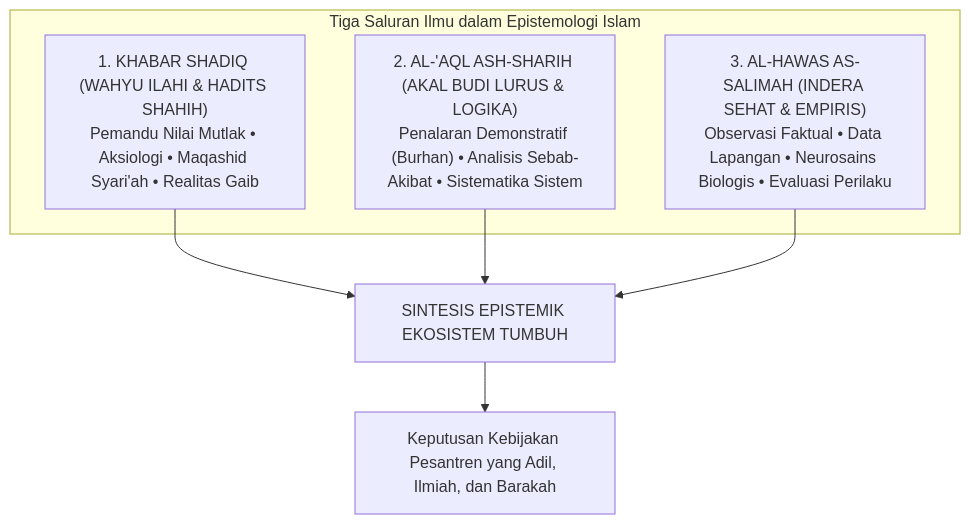
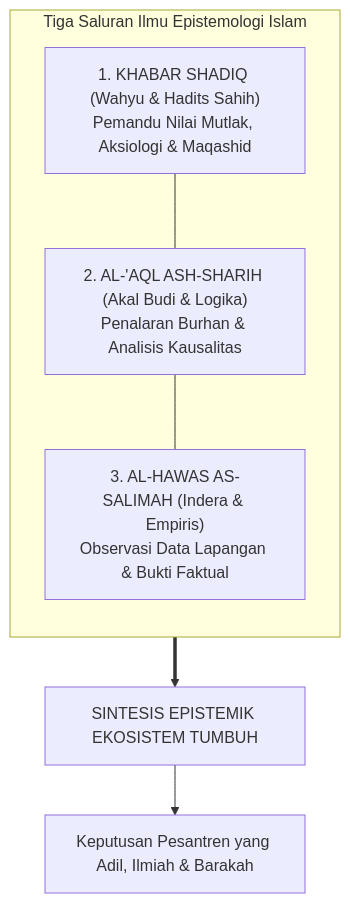
The first of 5 diagrams in BOOK Series 1/01-The-Fundamental-of-TUMBUH/Bab-03-Epistemologi-Terpadu-Wahyu-Nalar-dan-Fakta-Empiris.md (wandiapriliyandi/tumbuh), drawn with Mermaid before and after one commit. The commit also changed other lines of this file and 35 other files, not shown here.

Commit message:
fix(book-01): optimasi keterbacaan diagram mermaid pada seluruh bab dan perbarui 20 file PDF

````diff
--- a/BOOK Series 1/01-The-Fundamental-of-TUMBUH/Bab-03-Epistemologi-Terpadu-Wahyu-Nalar-dan-Fakta-Empiris.md
+++ b/BOOK Series 1/01-The-Fundamental-of-TUMBUH/Bab-03-Epistemologi-Terpadu-Wahyu-Nalar-dan-Fakta-Empiris.md
@@ -50,14 +50,14 @@
 ```mermaid
 graph TD
-    subgraph SALURAN_PENGETAHUAN["Tiga Saluran Ilmu dalam Epistemologi Islam"]
-        W["1. KHABAR SHADIQ (WAHYU ILAHI & HADITS SHAHIH)<br/>Pemandu Nilai Mutlak • Aksiologi • Maqashid Syari'ah • Realitas Gaib"]
-        A["2. AL-'AQL ASH-SHARIH (AKAL BUDI LURUS & LOGIKA)<br/>Penalaran Demonstratif (Burhan) • Analisis Sebab-Akibat • Sistematika Sistem"]
-        I["3. AL-HAWAS AS-SALIMAH (INDERA SEHAT & EMPIRIS)<br/>Observasi Faktual • Data Lapangan • Neurosains Biologis • Evaluasi Perilaku"]
+    subgraph SALURAN_PENGETAHUAN["Tiga Saluran Ilmu Epistemologi Islam"]
+        direction TB
+        W["1. KHABAR SHADIQ (Wahyu & Hadits Sahih)<br/>Pemandu Nilai Mutlak, Aksiologi & Maqashid"]
+        A["2. AL-'AQL ASH-SHARIH (Akal Budi & Logika)<br/>Penalaran Burhan & Analisis Kausalitas"]
+        I["3. AL-HAWAS AS-SALIMAH (Indera & Empiris)<br/>Observasi Data Lapangan & Bukti Faktual"]
+        W --- A
+        A --- I
     end
 
-    W --> S["SINTESIS EPISTEMIK EKOSISTEM TUMBUH"]
-    A --> S
-    I --> S
-
-    S --> K["Keputusan Kebijakan Pesantren yang Adil, Ilmiah, dan Barakah"]
+    SALURAN_PENGETAHUAN ==> S["SINTESIS EPISTEMIK EKOSISTEM TUMBUH"]
+    S --> K["Keputusan Pesantren yang Adil, Ilmiah & Barakah"]
 ```
````
